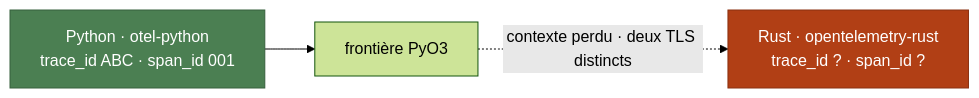
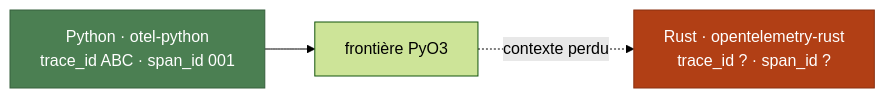
The diagram in slides/3_coup-de-feu/4-tracing.md (ilaborie/rust-python-talk), drawn with Mermaid (forest theme) before and after one commit. The commit also changed 5 other files, not shown here.

````diff
--- a/slides/3_coup-de-feu/4-tracing.md
+++ b/slides/3_coup-de-feu/4-tracing.md
@@ -54,10 +54,10 @@
 ```mermaid:width=88%,alt=Le contexte de trace ne traverse pas la frontière PyO3
 flowchart LR
     PY["Python · otel-python<br/>trace_id ABC · span_id 001"]
     FF["frontière PyO3"]
     RS["Rust · opentelemetry-rust<br/>trace_id ? · span_id ?"]
     PY --> FF
-    FF -. "contexte perdu · deux TLS distincts" .-> RS
+    FF -. "contexte perdu" .-> RS
     style PY fill:#4B7F52,stroke:#36603C,color:#ffffff
     style RS fill:#B13F15,stroke:#8a3010,color:#ffffff
 ```
````
